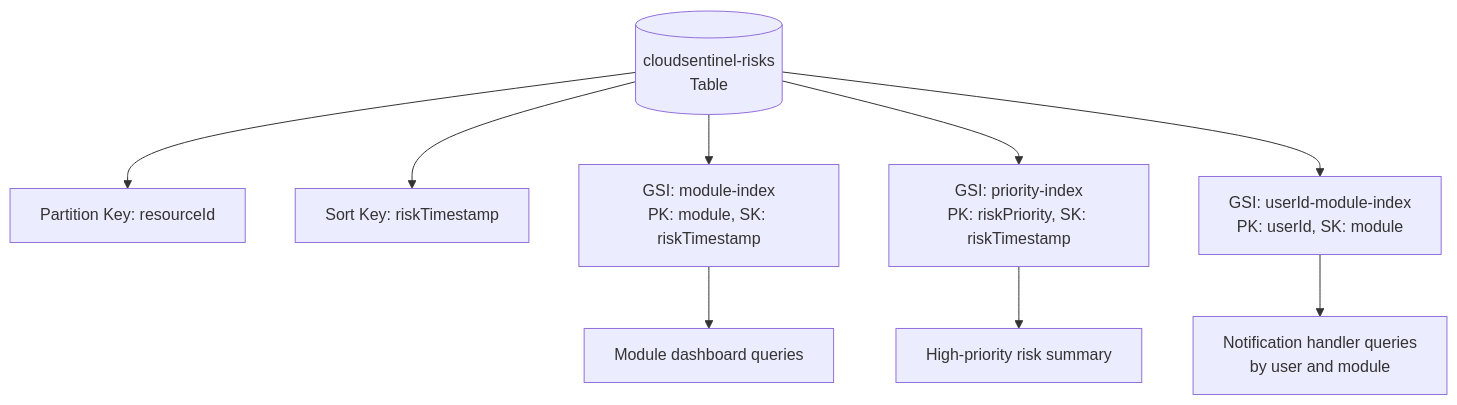
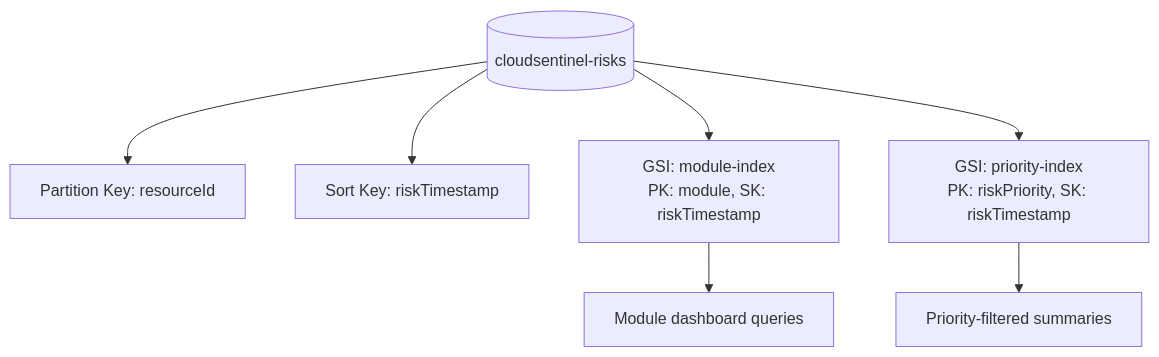
Before and after one commit to Sayyaddsameer/CloudSentinel_AI: the ninth of 12 diagrams in ARCHITECTURE.md, drawn with Mermaid. The commit also changed other lines of this file and 552 other files, not shown here.

````diff
--- a/ARCHITECTURE.md
+++ b/ARCHITECTURE.md
@@ -394,12 +393,10 @@
 ```mermaid
 flowchart TD
-    T[(cloudsentinel-risks\nTable)] --> PK[Partition Key: resourceId]
+    T[(cloudsentinel-risks)] --> PK[Partition Key: resourceId]
     T --> SK[Sort Key: riskTimestamp]
     T --> GSI1[GSI: module-index\nPK: module, SK: riskTimestamp]
     T --> GSI2[GSI: priority-index\nPK: riskPriority, SK: riskTimestamp]
-    T --> GSI3[GSI: userId-module-index\nPK: userId, SK: module]
 
     GSI1 --> Q1[Module dashboard queries]
-    GSI2 --> Q2[High-priority risk summary]
-    GSI3 --> Q3[Notification handler queries\nby user and module]
+    GSI2 --> Q2[Priority-filtered summaries]
 ```
````
